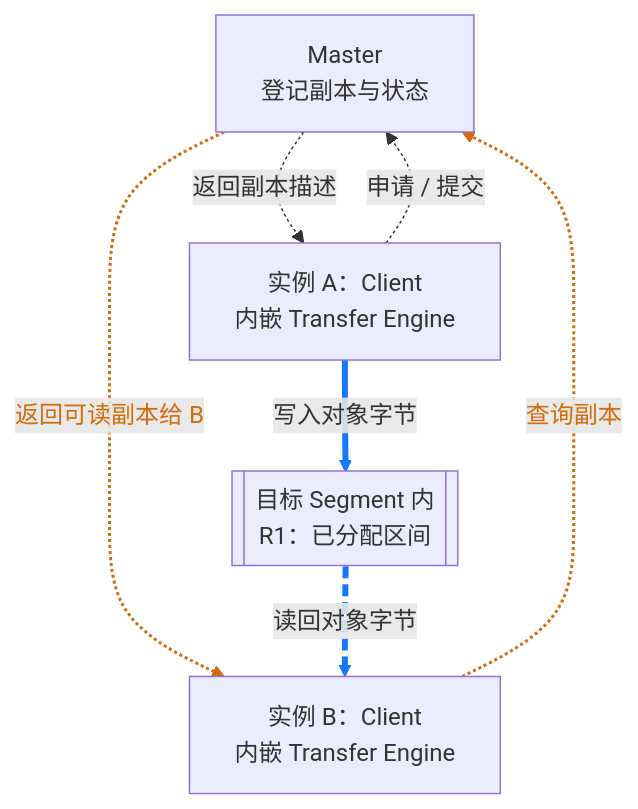
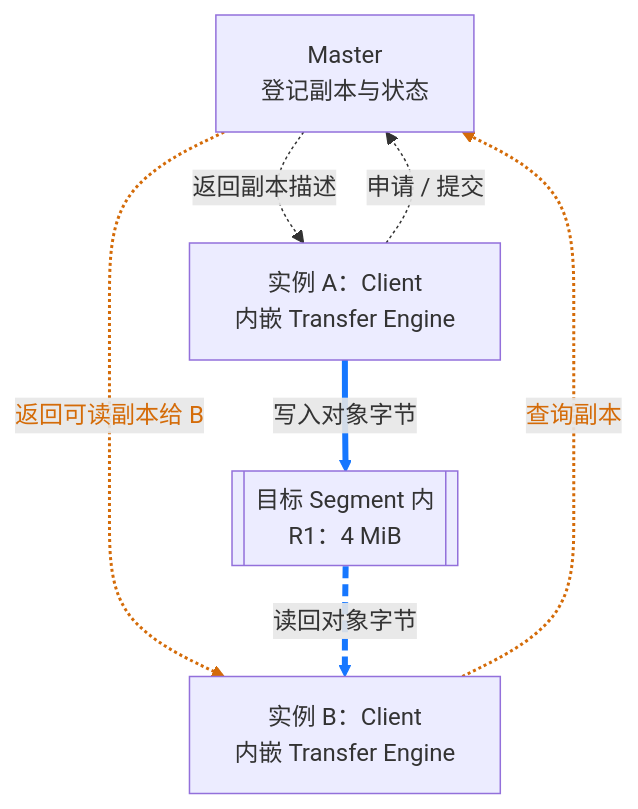
One commit to Hansyangxingxiang/Mooncake changed the diagram in mooncake-kv-cache-series/wechat/01-shared-kv-cache.md. Above: the diagram before and after it, drawn with Mermaid. The commit also changed other lines of this file and 12 other files, not shown here.

````diff
--- a/mooncake-kv-cache-series/wechat/01-shared-kv-cache.md
+++ b/mooncake-kv-cache-series/wechat/01-shared-kv-cache.md
@@ -49,16 +47,16 @@
 ```mermaid
 flowchart TB
     M["Master<br/>登记副本与状态"]
     A["实例 A：Client<br/>内嵌 Transfer Engine"]
     B["实例 B：Client<br/>内嵌 Transfer Engine"]
-    R1[["目标 Segment 内<br/>R1：已分配区间"]]
+    R1[["目标 Segment 内<br/>R1：4 MiB"]]
     A -.->|"申请 / 提交"| M
     M -.->|"返回副本描述"| A
     B -.->|"查询副本"| M
     M -.->|"返回可读副本给 B"| B
     A ==>|"写入对象字节"| R1
     R1 -.->|"读回对象字节"| B
     linkStyle 2,3 stroke:#D46B08,color:#D46B08,stroke-width:2px
     linkStyle 4 stroke:#1677FF,stroke-width:4px
     linkStyle 5 stroke:#1677FF,stroke-width:4px,stroke-dasharray:8 4
 ```
````
